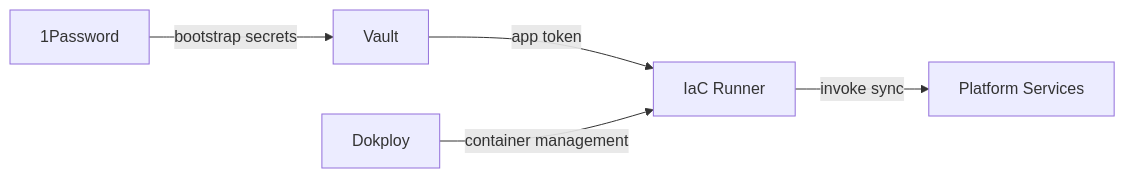
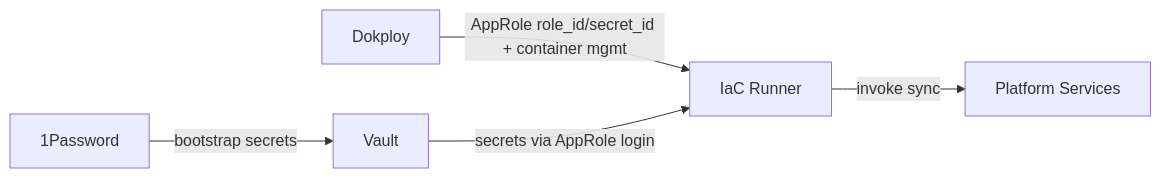
The second of 2 diagrams in docs/ssot/bootstrap.iac_runner.md (wangzitian0/infra2), drawn with Mermaid before and after one commit. The commit also changed other lines of this file and 6 other files, not shown here.

````diff
--- a/docs/ssot/bootstrap.iac_runner.md
+++ b/docs/ssot/bootstrap.iac_runner.md
@@ -923,13 +924,13 @@
 ```mermaid
 flowchart LR
     1P["1Password"]
     Vault["Vault"]
     Dokploy["Dokploy"]
     IaC["IaC Runner"]
     Platform["Platform Services"]
 
     1P -->|bootstrap secrets| Vault
-    Vault -->|app token| IaC
-    Dokploy -->|container management| IaC
+    Dokploy -->|AppRole role_id/secret_id + container mgmt| IaC
+    Vault -->|secrets via AppRole login| IaC
     IaC -->|invoke sync| Platform
 ```
````
